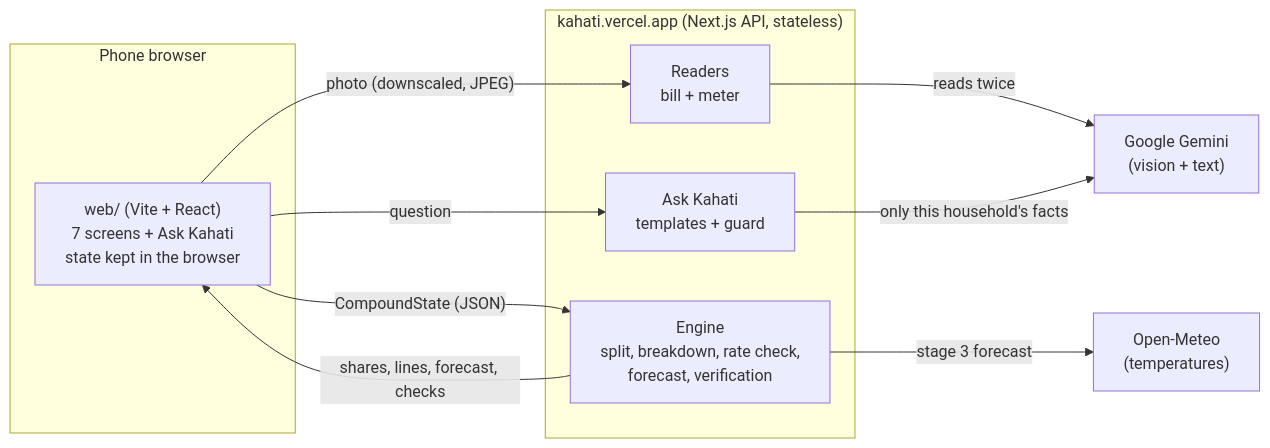
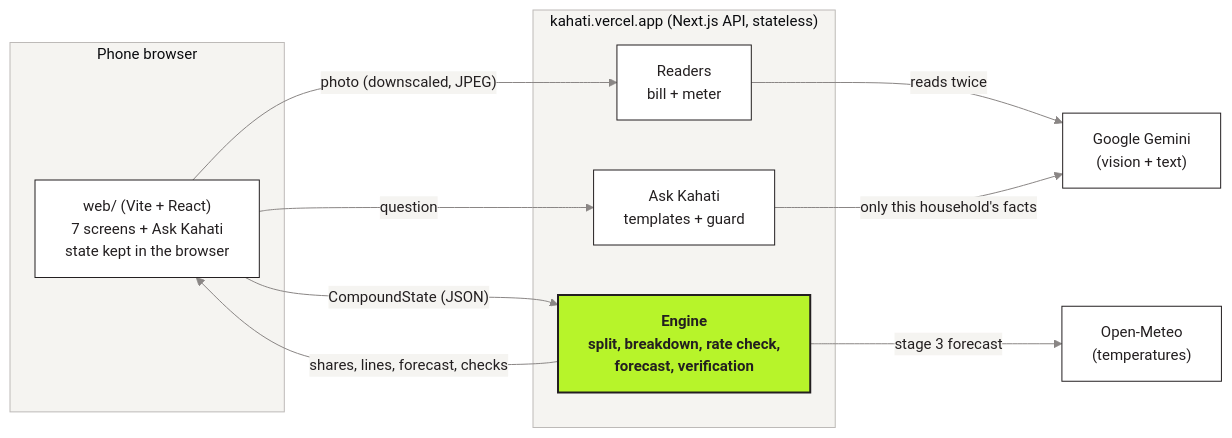
Before and after one commit to msmeralco/TeamNewYorkStylePizza: the second of 8 diagrams in README.md, drawn with Mermaid. The commit also changed other lines of this file and 1 other file, not shown here.

Commit message:
README diagrams in Kahati branding: white nodes, dark grey text, one lime key node, Inter Tight

````diff
--- a/README.md
+++ b/README.md
@@ -46,21 +49,24 @@
 ```mermaid
+%%{init: {'theme': 'base', 'themeVariables': {'fontFamily': 'Inter Tight, Inter, Segoe UI, Arial', 'fontSize': '15px', 'primaryColor': '#FFFFFF', 'primaryTextColor': '#231F20', 'primaryBorderColor': '#231F20', 'secondaryColor': '#F5F4F1', 'tertiaryColor': '#F5F4F1', 'lineColor': '#8A8685', 'textColor': '#231F20', 'clusterBkg': '#F5F4F1', 'clusterBorder': '#BDBAB8', 'edgeLabelBackground': '#F5F4F1', 'actorBkg': '#FFFFFF', 'actorBorder': '#231F20', 'actorTextColor': '#231F20', 'actorLineColor': '#8A8685', 'signalColor': '#5C5859', 'signalTextColor': '#231F20', 'noteBkgColor': '#B7F42A', 'noteTextColor': '#231F20', 'noteBorderColor': '#7A9F1B', 'labelBoxBkgColor': '#F5F4F1', 'labelBoxBorderColor': '#BDBAB8', 'loopTextColor': '#231F20'}}}%%
 flowchart LR
     subgraph Phone["Phone browser"]
         UI["web/ (Vite + React)<br/>7 screens + Ask Kahati<br/>state kept in the browser"]
     end
     subgraph API["kahati.vercel.app (Next.js API, stateless)"]
         R["Readers<br/>bill + meter"]
         E["Engine<br/>split, breakdown, rate check,<br/>forecast, verification"]
         A["Ask Kahati<br/>templates + guard"]
     end
     G["Google Gemini<br/>(vision + text)"]
     W["Open-Meteo<br/>(temperatures)"]
 
     UI -- "photo (downscaled, JPEG)" --> R
     R -- "reads twice" --> G
     UI -- "CompoundState (JSON)" --> E
     E -- "stage 3 forecast" --> W
     UI -- "question" --> A
     A -- "only this household's facts" --> G
     E -- "shares, lines, forecast, checks" --> UI
+    classDef key fill:#B7F42A,stroke:#231F20,stroke-width:2px,color:#231F20,font-weight:bold
+    class E key
 ```
````
